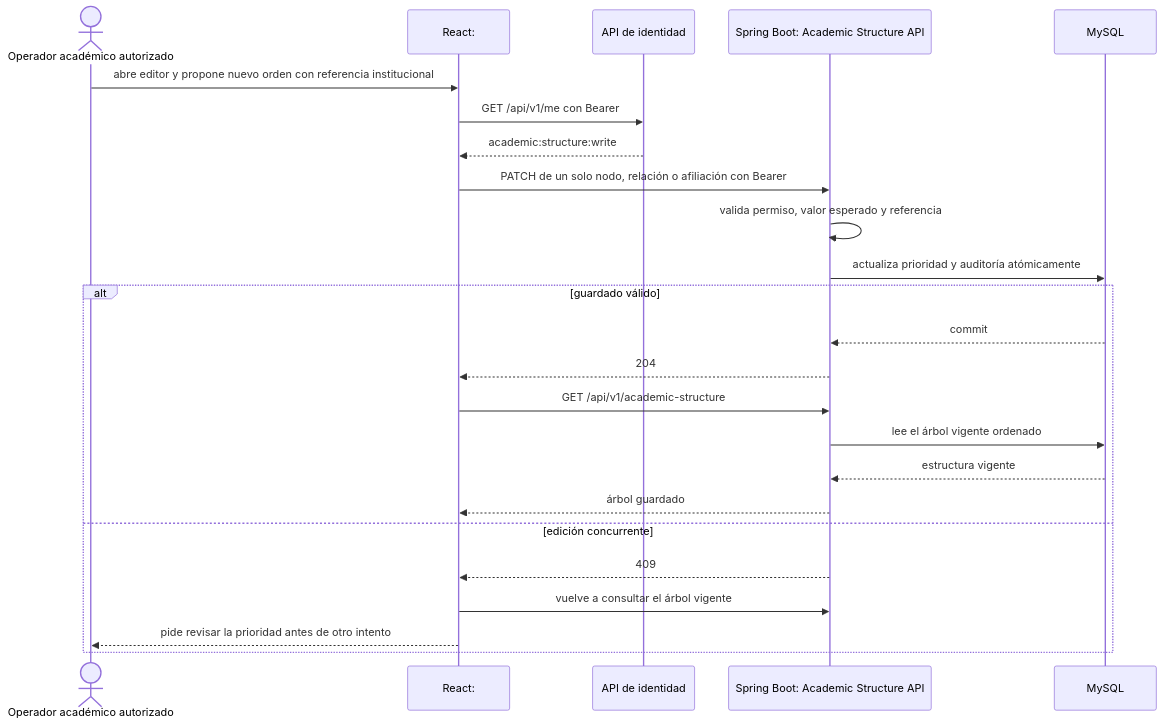
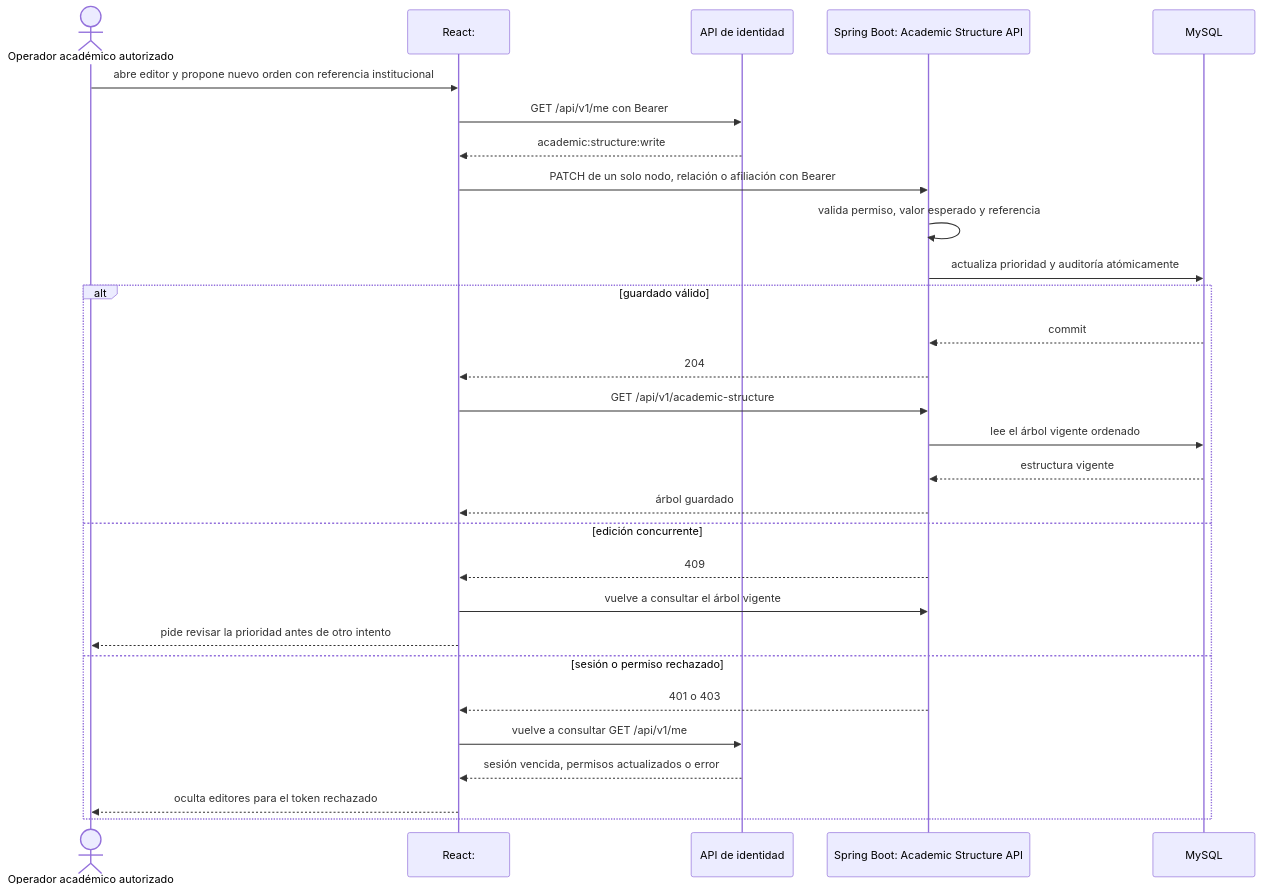
The seventh of 12 diagrams in docs/architecture/process-flows.md (jdsalasca/open-university-backend), drawn with Mermaid before and after one commit. The commit also changed other lines of this file and 1 other file, not shown here.

Commit message:
docs: document auth rejection handling

````diff
--- a/docs/architecture/process-flows.md
+++ b/docs/architecture/process-flows.md
@@ -285,26 +285,31 @@
 ```mermaid
 sequenceDiagram
   actor Operator as Operador académico autorizado
   participant UI as React: #academia
   participant Identity as API de identidad
   participant API as Spring Boot: Academic Structure API
   participant DB as MySQL
   Operator->>UI: abre editor y propone nuevo orden con referencia institucional
   UI->>Identity: GET /api/v1/me con Bearer
   Identity-->>UI: academic:structure:write
   UI->>API: PATCH de un solo nodo, relación o afiliación con Bearer
   API->>API: valida permiso, valor esperado y referencia
   API->>DB: actualiza prioridad y auditoría atómicamente
   alt guardado válido
     DB-->>API: commit
     API-->>UI: 204
     UI->>API: GET /api/v1/academic-structure
     API->>DB: lee el árbol vigente ordenado
     DB-->>API: estructura vigente
     API-->>UI: árbol guardado
   else edición concurrente
     API-->>UI: 409
     UI->>API: vuelve a consultar el árbol vigente
     UI-->>Operator: pide revisar la prioridad antes de otro intento
+  else sesión o permiso rechazado
+    API-->>UI: 401 o 403
+    UI->>Identity: vuelve a consultar GET /api/v1/me
+    Identity-->>UI: sesión vencida, permisos actualizados o error
+    UI-->>Operator: oculta editores para el token rechazado
   end
 ```
````
